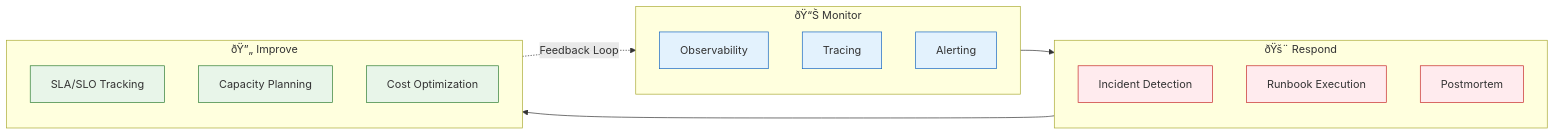
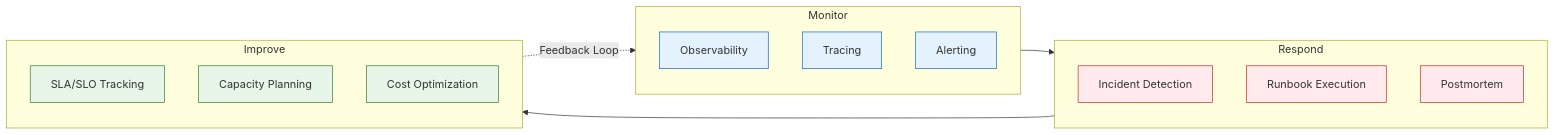
Before and after one commit to Driftloom/Vaeloom: the diagram in docs/operations/README.md, drawn with Mermaid. The commit also changed other lines of this file and 694 other files, not shown here.

First line of the commit message:
docs: mermaid standardization — encoding/mermaid/duplicate cleanup

````diff
--- a/docs/operations/README.md
+++ b/docs/operations/README.md
@@ -23,29 +23,29 @@
 ```mermaid
 graph LR
-    subgraph Monitor["ðŸ“Š Monitor"]
-        M1["Observability"]
-        M2["Tracing"]
-        M3["Alerting"]
-    end
-    subgraph Respond["ðŸš¨ Respond"]
-        R1["Incident Detection"]
-        R2["Runbook Execution"]
-        R3["Postmortem"]
-    end
-    subgraph Improve["ðŸ”„ Improve"]
-        I1["SLA/SLO Tracking"]
-        I2["Capacity Planning"]
-        I3["Cost Optimization"]
-    end
+ subgraph Monitor["Monitor"]
+ M1["Observability"]
+ M2["Tracing"]
+ M3["Alerting"]
+ end
+ subgraph Respond["Respond"]
+ R1["Incident Detection"]
+ R2["Runbook Execution"]
+ R3["Postmortem"]
+ end
+ subgraph Improve["Improve"]
+ I1["SLA/SLO Tracking"]
+ I2["Capacity Planning"]
+ I3["Cost Optimization"]
+ end
 
-    Monitor --> Respond --> Improve
-    Improve -.->|Feedback Loop| Monitor
+ Monitor--> Respond--> Improve
+ Improve -.->|Feedback Loop| Monitor
 
-    classDef monitor fill:#e3f2fd,stroke:#1565c0
-    classDef respond fill:#ffebee,stroke:#c62828
-    classDef improve fill:#e8f5e9,stroke:#2e7d32
+ classDef monitor fill:#e3f2fd,stroke:#1565c0
+ classDef respond fill:#ffebee,stroke:#c62828
+ classDef improve fill:#e8f5e9,stroke:#2e7d32
 
-    class M1,M2,M3 monitor
-    class R1,R2,R3 respond
-    class I1,I2,I3 improve
+ class M1,M2,M3 monitor
+ class R1,R2,R3 respond
+ class I1,I2,I3 improve
 ```
````
